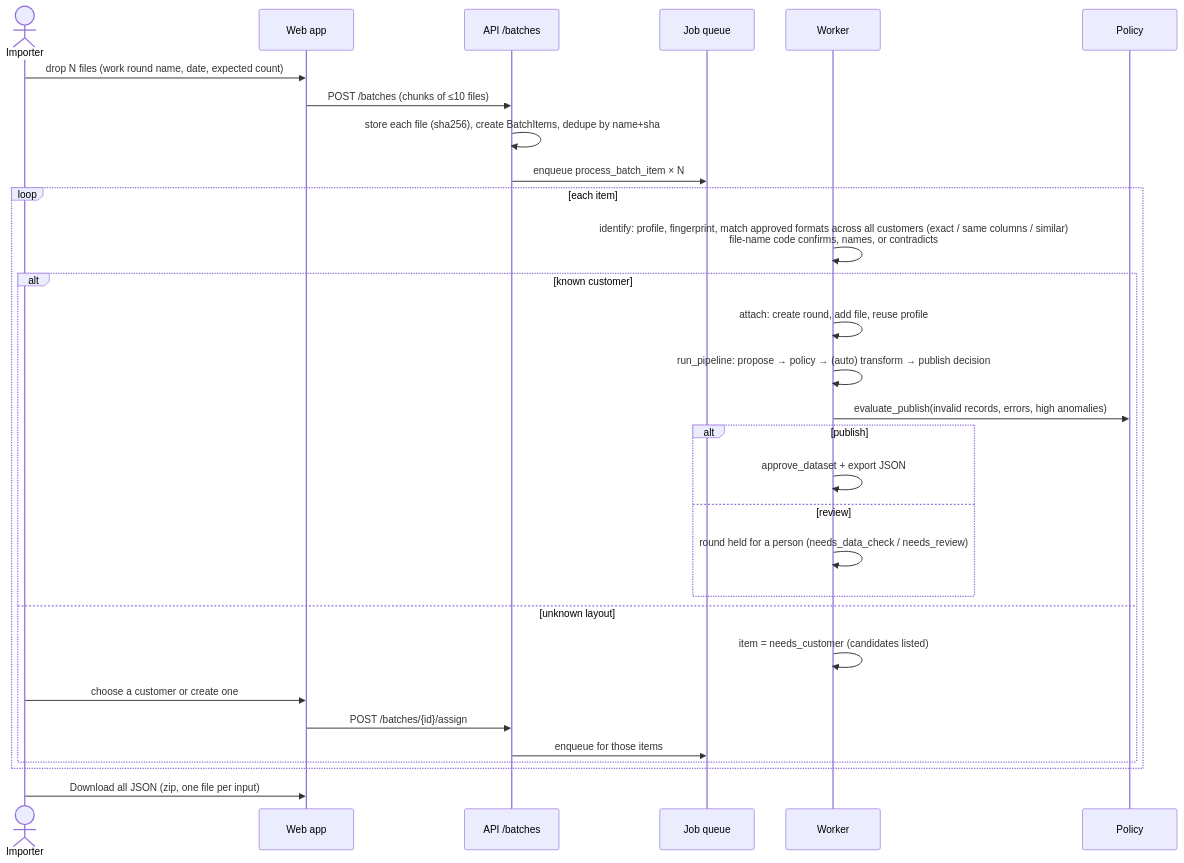
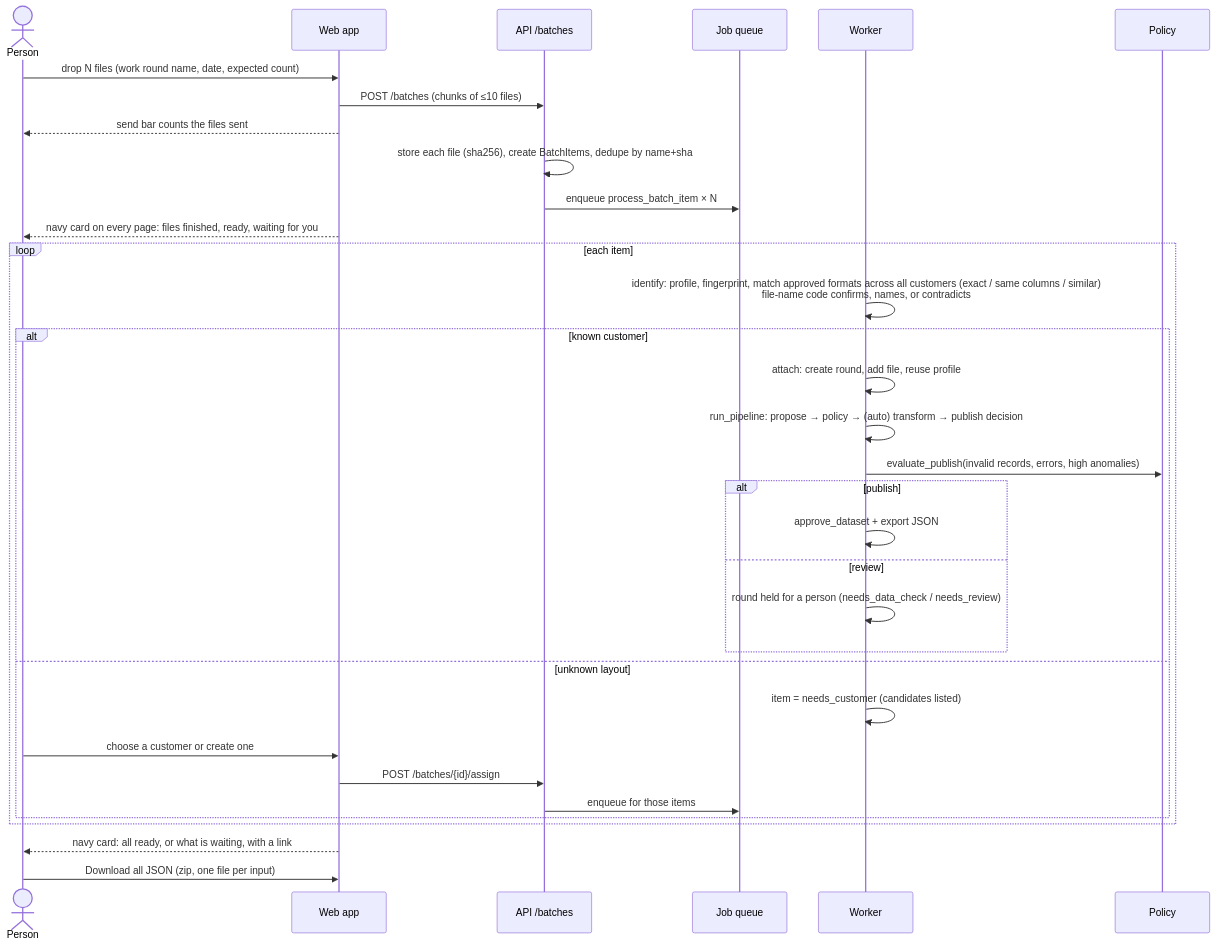
Before and after one commit to BeatChalongrat/Forma: the fourth of 20 diagrams in docs/SYSTEM_FLOWS.md, drawn with Mermaid. The commit also changed other lines of this file and 11 other files, not shown here.

First line of the commit message:
docs: flows and stories for one person on one machine

````diff
--- a/docs/SYSTEM_FLOWS.md
+++ b/docs/SYSTEM_FLOWS.md
@@ -128,32 +152,35 @@
 ```mermaid
 sequenceDiagram
-  actor Op as Importer
+  actor Op as Person
   participant UI as Web app
   participant API as API /batches
   participant Q as Job queue
   participant W as Worker
   participant P as Policy
   Op->>UI: drop N files (work round name, date, expected count)
   UI->>API: POST /batches (chunks of ≤10 files)
+  UI-->>Op: send bar counts the files sent
   API->>API: store each file (sha256), create BatchItems, dedupe by name+sha
   API->>Q: enqueue process_batch_item × N
+  UI-->>Op: navy card on every page: files finished, ready, waiting for you
   loop each item
     W->>W: identify: profile, fingerprint, match approved formats across all customers (exact / same columns / similar)<br/>file-name code confirms, names, or contradicts
     alt known customer
       W->>W: attach: create round, add file, reuse profile
       W->>W: run_pipeline: propose → policy → (auto) transform → publish decision
       W->>P: evaluate_publish(invalid records, errors, high anomalies)
       alt publish
         W->>W: approve_dataset + export JSON
       else review
         W->>W: round held for a person (needs_data_check / needs_review)
       end
     else unknown layout
       W->>W: item = needs_customer (candidates listed)
       Op->>UI: choose a customer or create one
       UI->>API: POST /batches/{id}/assign
       API->>Q: enqueue for those items
     end
   end
+  UI-->>Op: navy card: all ready, or what is waiting, with a link
   Op->>UI: Download all JSON (zip, one file per input)
 ```
````
